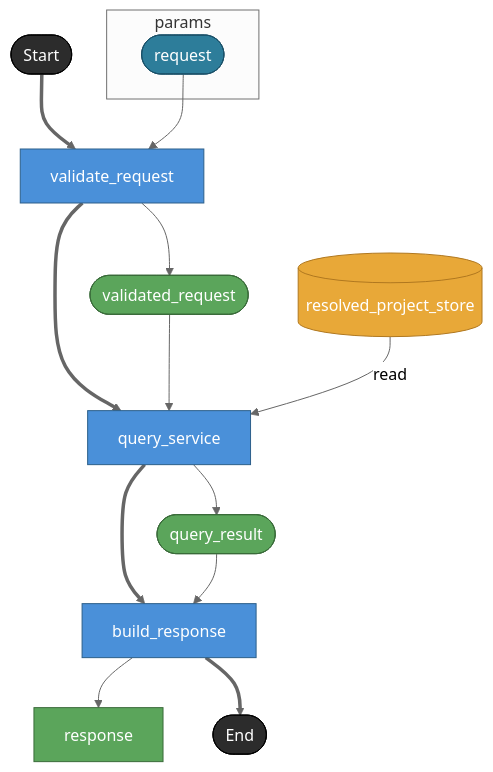
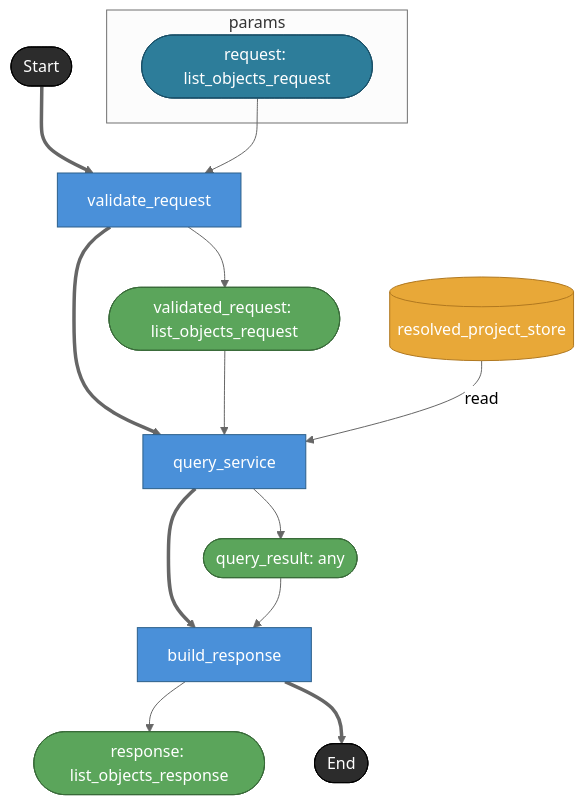
Before and after one commit to hiroshiasayadev-prog/brewprint: the diagram in docs/uc/002-brewprint-self-hosting/renders/mcp/dag-list_objects.md, drawn with Mermaid (neutral theme). The commit also changed 47 other files, not shown here.

````diff
--- a/docs/uc/002-brewprint-self-hosting/renders/mcp/dag-list_objects.md
+++ b/docs/uc/002-brewprint-self-hosting/renders/mcp/dag-list_objects.md
@@ -8,31 +8,31 @@
 ```mermaid
 flowchart TD
   subgraph params
-    request([request])
+    request([request: list_objects_request])
   end
 
   _start([Start]) ==> validate_request[validate_request]
   request --> validate_request
-  validate_request --> validated_request([validated_request])
+  validate_request --> validated_request([validated_request: list_objects_request])
 
   validate_request ==> query_service[query_service]
   validated_request --> query_service
   resolved_project_store[(resolved_project_store)] -- "read" --> query_service
-  query_service --> query_result([query_result])
+  query_service --> query_result([query_result: any])
 
   query_service ==> build_response[build_response]
   query_result --> build_response
-  build_response --> response
+  build_response --> response([response: list_objects_response])
   build_response ==> _end([End])
 
   classDef taskNode     fill:#4A90D9,stroke:#2C5F8A,color:#fff
   classDef assetNode    fill:#5BA55B,stroke:#3A6B3A,color:#fff
   classDef storeNode    fill:#E8A838,stroke:#B07820,color:#fff
   classDef terminalNode fill:#2C2C2C,stroke:#000,color:#fff
   classDef boundaryNode fill:#2D7D9A,stroke:#1A5068,color:#fff
   class validate_request,query_service,build_response taskNode
   class validated_request,query_result,response assetNode
   class resolved_project_store storeNode
   class _start,_end terminalNode
   class request boundaryNode
 ```
````
